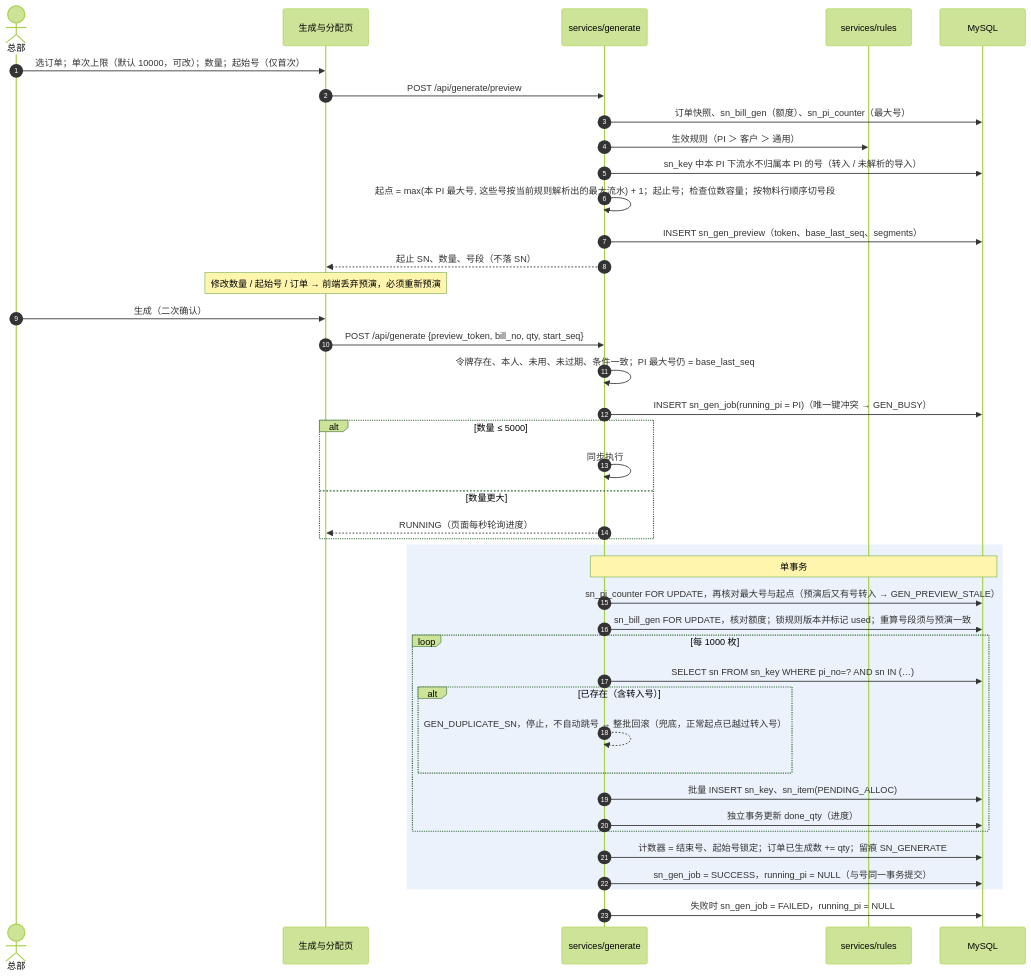
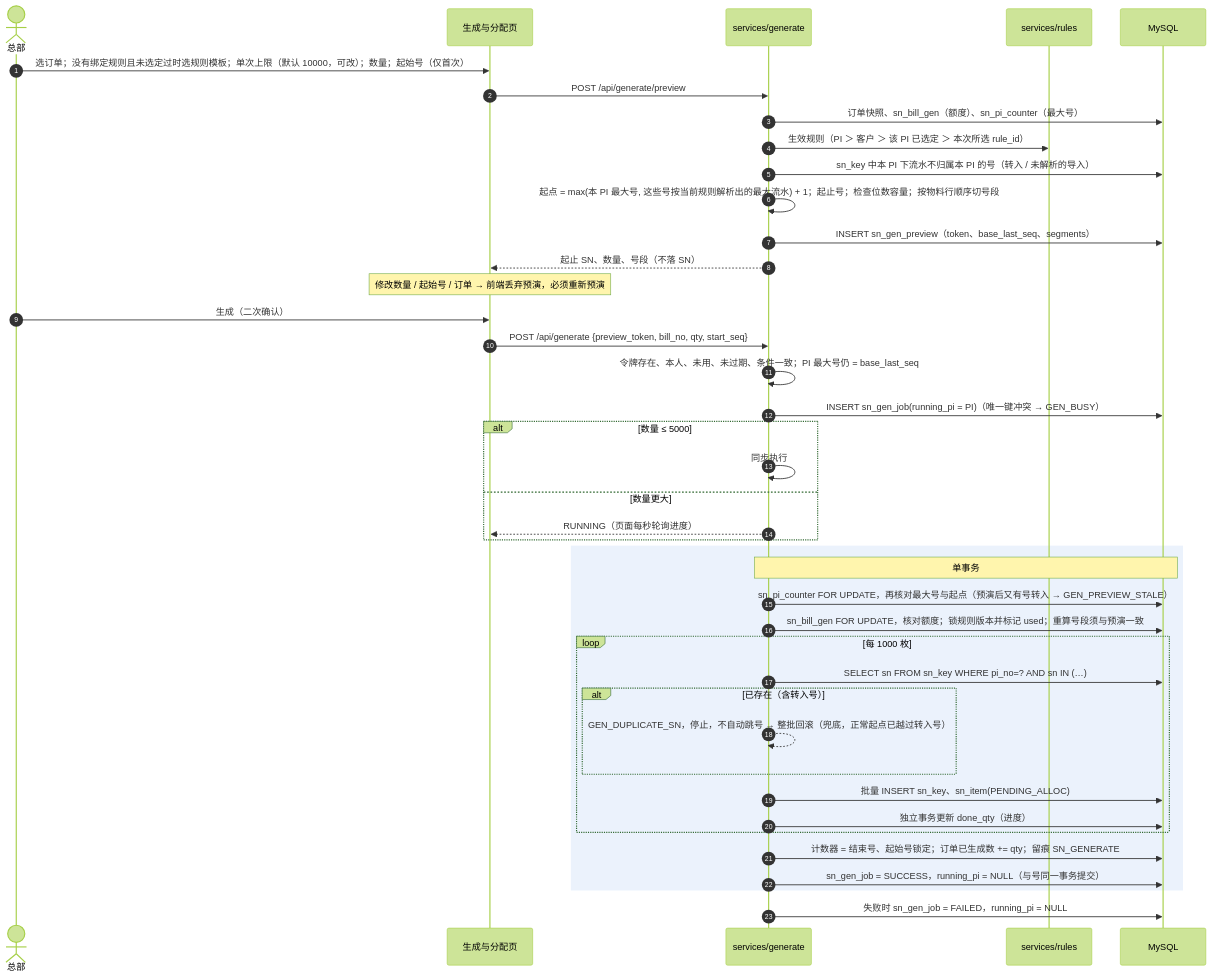
One commit to Createsnow/sn-center changed the sixth of 12 diagrams in docs/技术文档.md. Above: the diagram before and after it, drawn with Mermaid (forest theme). The commit also changed 22 other files, not shown here.

````diff
--- a/docs/技术文档.md
+++ b/docs/技术文档.md
@@ -213,43 +213,43 @@
 ```mermaid
 sequenceDiagram
     autonumber
     actor H as 总部
     participant W as 生成与分配页
     participant G as services/generate
     participant R as services/rules
     participant DB as MySQL
-    H->>W: 选订单；单次上限（默认 10000，可改）；数量；起始号（仅首次）
+    H->>W: 选订单；没有绑定规则且未选定过时选规则模板；单次上限（默认 10000，可改）；数量；起始号（仅首次）
     W->>G: POST /api/generate/preview
     G->>DB: 订单快照、sn_bill_gen（额度）、sn_pi_counter（最大号）
-    G->>R: 生效规则（PI ＞ 客户 ＞ 通用）
+    G->>R: 生效规则（PI ＞ 客户 ＞ 该 PI 已选定 ＞ 本次所选 rule_id）
     G->>DB: sn_key 中本 PI 下流水不归属本 PI 的号（转入 / 未解析的导入）
     G->>G: 起点 = max(本 PI 最大号, 这些号按当前规则解析出的最大流水) + 1；起止号；检查位数容量；按物料行顺序切号段
     G->>DB: INSERT sn_gen_preview（token、base_last_seq、segments）
     G-->>W: 起止 SN、数量、号段（不落 SN）
     Note over W: 修改数量 / 起始号 / 订单 → 前端丢弃预演，必须重新预演
     H->>W: 生成（二次确认）
     W->>G: POST /api/generate {preview_token, bill_no, qty, start_seq}
     G->>G: 令牌存在、本人、未用、未过期、条件一致；PI 最大号仍 = base_last_seq
     G->>DB: INSERT sn_gen_job(running_pi = PI)（唯一键冲突 → GEN_BUSY）
     alt 数量 ≤ 5000
         G->>G: 同步执行
     else 数量更大
         G-->>W: RUNNING（页面每秒轮询进度）
     end
     rect rgb(235, 242, 252)
     Note over G,DB: 单事务
     G->>DB: sn_pi_counter FOR UPDATE，再核对最大号与起点（预演后又有号转入 → GEN_PREVIEW_STALE）
     G->>DB: sn_bill_gen FOR UPDATE，核对额度；锁规则版本并标记 used；重算号段须与预演一致
     loop 每 1000 枚
         G->>DB: SELECT sn FROM sn_key WHERE pi_no=? AND sn IN (…)
         alt 已存在（含转入号）
             G-->>G: GEN_DUPLICATE_SN，停止，不自动跳号 → 整批回滚（兜底，正常起点已越过转入号）
         end
         G->>DB: 批量 INSERT sn_key、sn_item(PENDING_ALLOC)
         G->>DB: 独立事务更新 done_qty（进度）
     end
     G->>DB: 计数器 = 结束号、起始号锁定；订单已生成数 += qty；留痕 SN_GENERATE
     G->>DB: sn_gen_job = SUCCESS，running_pi = NULL（与号同一事务提交）
     end
     G->>DB: 失败时 sn_gen_job = FAILED，running_pi = NULL
 ```
````
